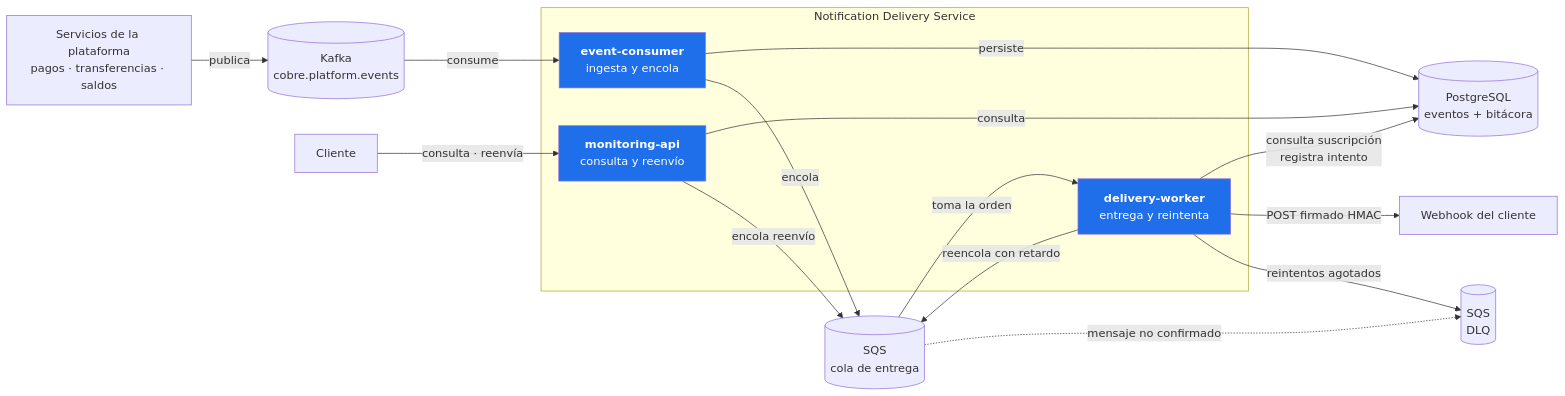
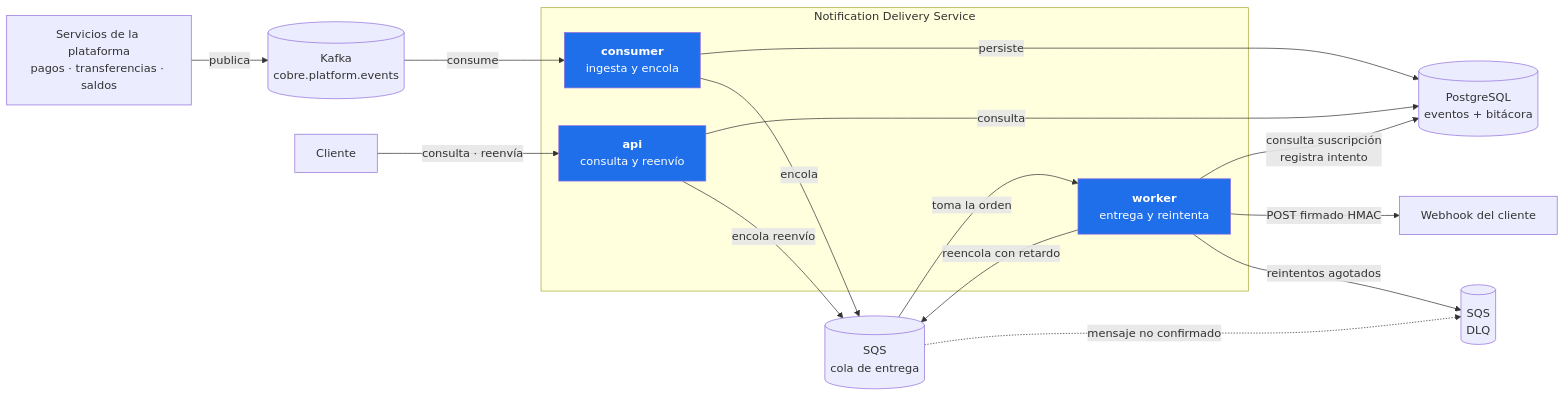
One commit to ssalaza7/cobre-notification-delivery changed the first of 5 diagrams in README.md. Above: the diagram before and after it, drawn with Mermaid. The commit also changed other lines of this file and 140 other files, not shown here.

````diff
--- a/README.md
+++ b/README.md
@@ -18,34 +18,34 @@
 ```mermaid
 flowchart LR
     SVC["Servicios de la plataforma<br/>pagos · transferencias · saldos"]
     K[("Kafka<br/>cobre.platform.events")]
     Q[("SQS<br/>cola de entrega")]
     DLQ[("SQS<br/>DLQ")]
     DB[("PostgreSQL<br/>eventos + bitácora")]
     CLI["Webhook del cliente"]
     USR["Cliente"]
 
     subgraph svc["Notification Delivery Service"]
-        CON["<b>event-consumer</b><br/>ingesta y encola"]
-        W["<b>delivery-worker</b><br/>entrega y reintenta"]
-        API["<b>monitoring-api</b><br/>consulta y reenvío"]
+        CON["<b>consumer</b><br/>ingesta y encola"]
+        W["<b>worker</b><br/>entrega y reintenta"]
+        API["<b>api</b><br/>consulta y reenvío"]
     end
 
     SVC -->|publica| K
     K -->|consume| CON
     CON -->|persiste| DB
     CON -->|encola| Q
     Q -->|toma la orden| W
     W -->|consulta suscripción<br/>registra intento| DB
     W -->|POST firmado HMAC| CLI
     W -->|reencola con retardo| Q
     W -->|reintentos agotados| DLQ
     Q -.->|mensaje no confirmado| DLQ
     USR -->|consulta · reenvía| API
     API -->|consulta| DB
     API -->|encola reenvío| Q
 
     style CON fill:#1f6feb,color:#fff
     style W fill:#1f6feb,color:#fff
     style API fill:#1f6feb,color:#fff
 ```
````
